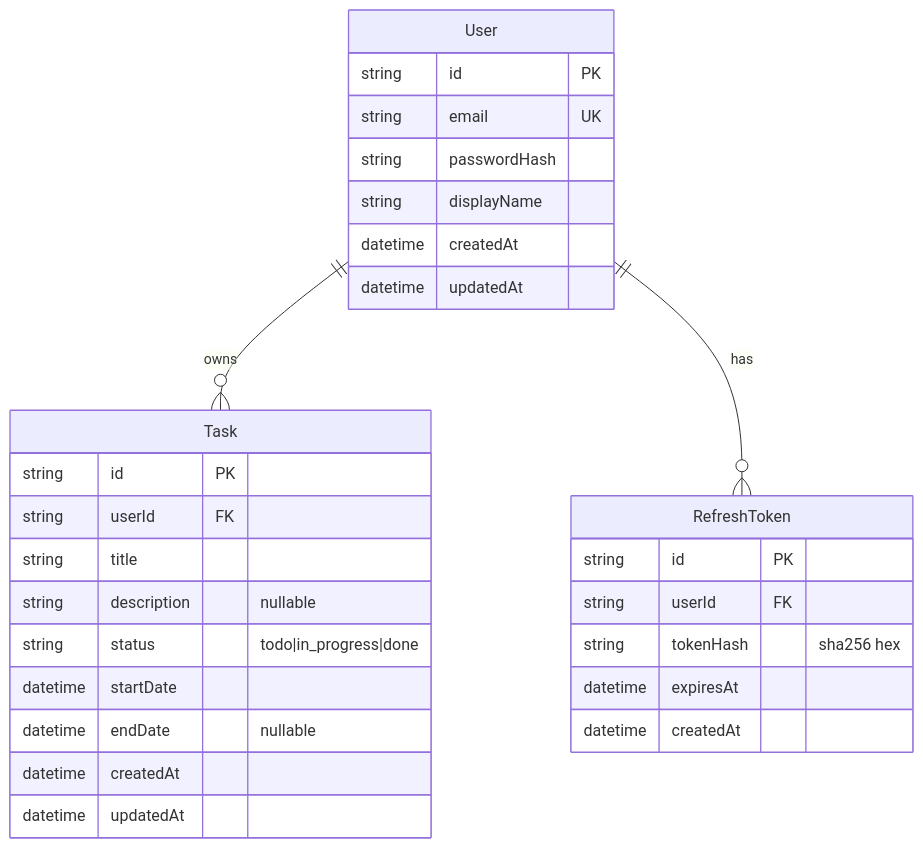
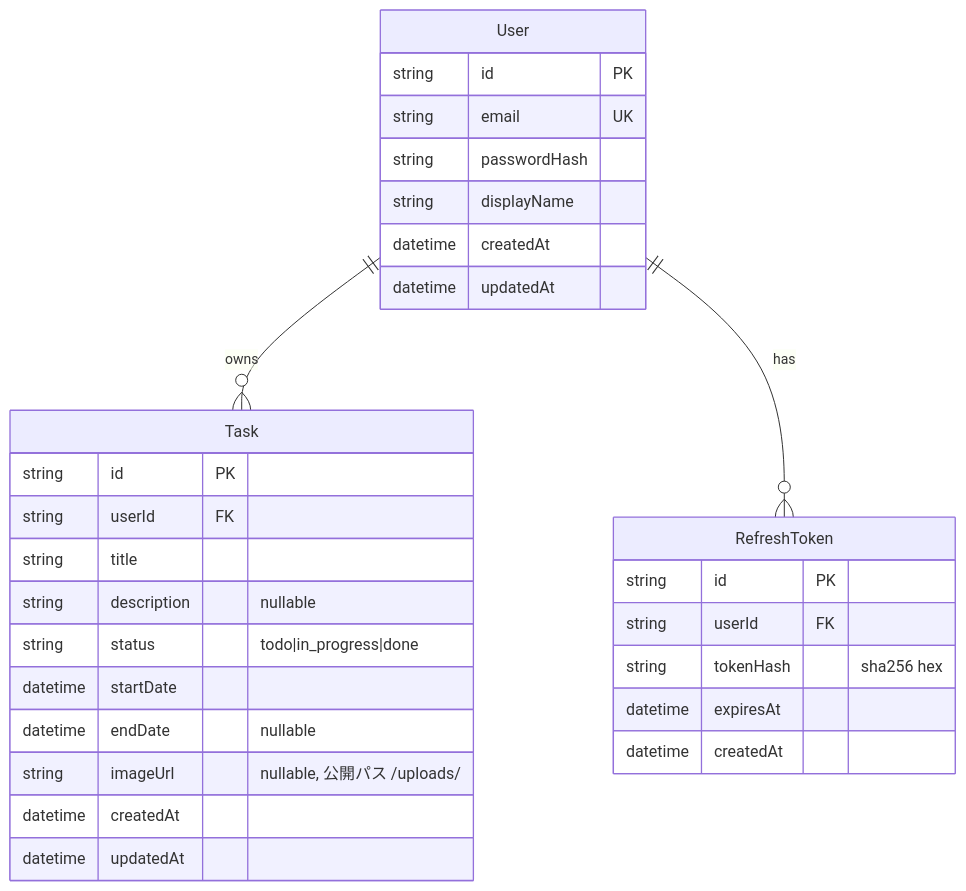
The diagram in docs/05-data-specification.md (kojikawazu/nuxtjs-nestjs-arch-practice), drawn with Mermaid before and after one commit. The commit also changed other lines of this file and 28 other files, not shown here.

````diff
--- a/docs/05-data-specification.md
+++ b/docs/05-data-specification.md
@@ -15,32 +15,33 @@
 ```mermaid
 erDiagram
   User ||--o{ Task : owns
   User ||--o{ RefreshToken : has
 
   User {
     string id PK
     string email UK
     string passwordHash
     string displayName
     datetime createdAt
     datetime updatedAt
   }
   Task {
     string id PK
     string userId FK
     string title
     string description "nullable"
     string status "todo|in_progress|done"
     datetime startDate
     datetime endDate "nullable"
+    string imageUrl "nullable, 公開パス /uploads/<file>"
     datetime createdAt
     datetime updatedAt
   }
   RefreshToken {
     string id PK
     string userId FK
     string tokenHash "sha256 hex"
     datetime expiresAt
     datetime createdAt
   }
 ```
````
